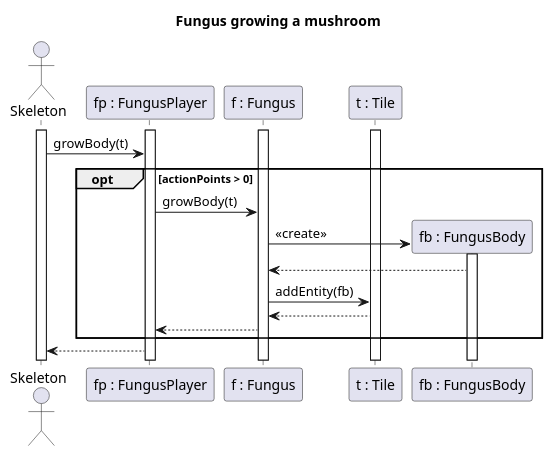
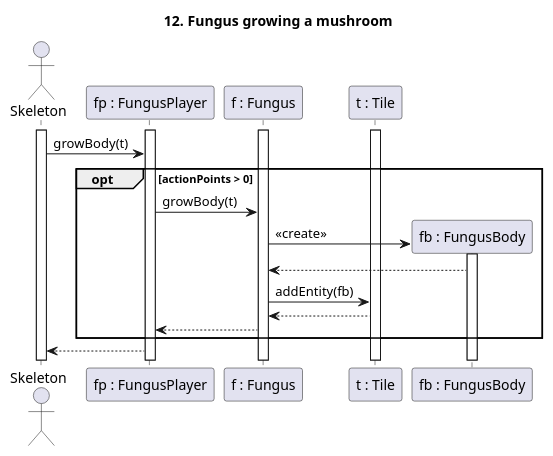
Before and after one commit to Harcipan/Projlab_nullpointerexception: the diagram in diagrams/diagramFiles/SQ_FungusMushroom.puml, drawn with PlantUML. The commit also changed 19 other files, not shown here.

Commit message:
numbered sq diagrams

```diff
--- a/diagrams/diagramFiles/SQ_FungusMushroom.puml
+++ b/diagrams/diagramFiles/SQ_FungusMushroom.puml
@@ -1,29 +1,29 @@
 @startuml Fungus mushroom
 
-title Fungus growing a mushroom
+title 12. Fungus growing a mushroom
 
 actor "Skeleton" as Ac
 participant "fp : FungusPlayer" as Fp
 participant "f : Fungus" as F
 participant "t : Tile" as T
 participant "fb : FungusBody" as Fb
 
 activate Ac
 activate Fp
 activate F
 activate T
 
 Ac -> Fp : growBody(t)
 opt actionPoints > 0
 Fp -> F : growBody(t)
 F -> Fb ** : <<create>>
 activate Fb
 Fb --> F
 F -> T : addEntity(fb)
 T --> F
 F --> Fp
 end
 Fp --> Ac
 
 
 @enduml
```
